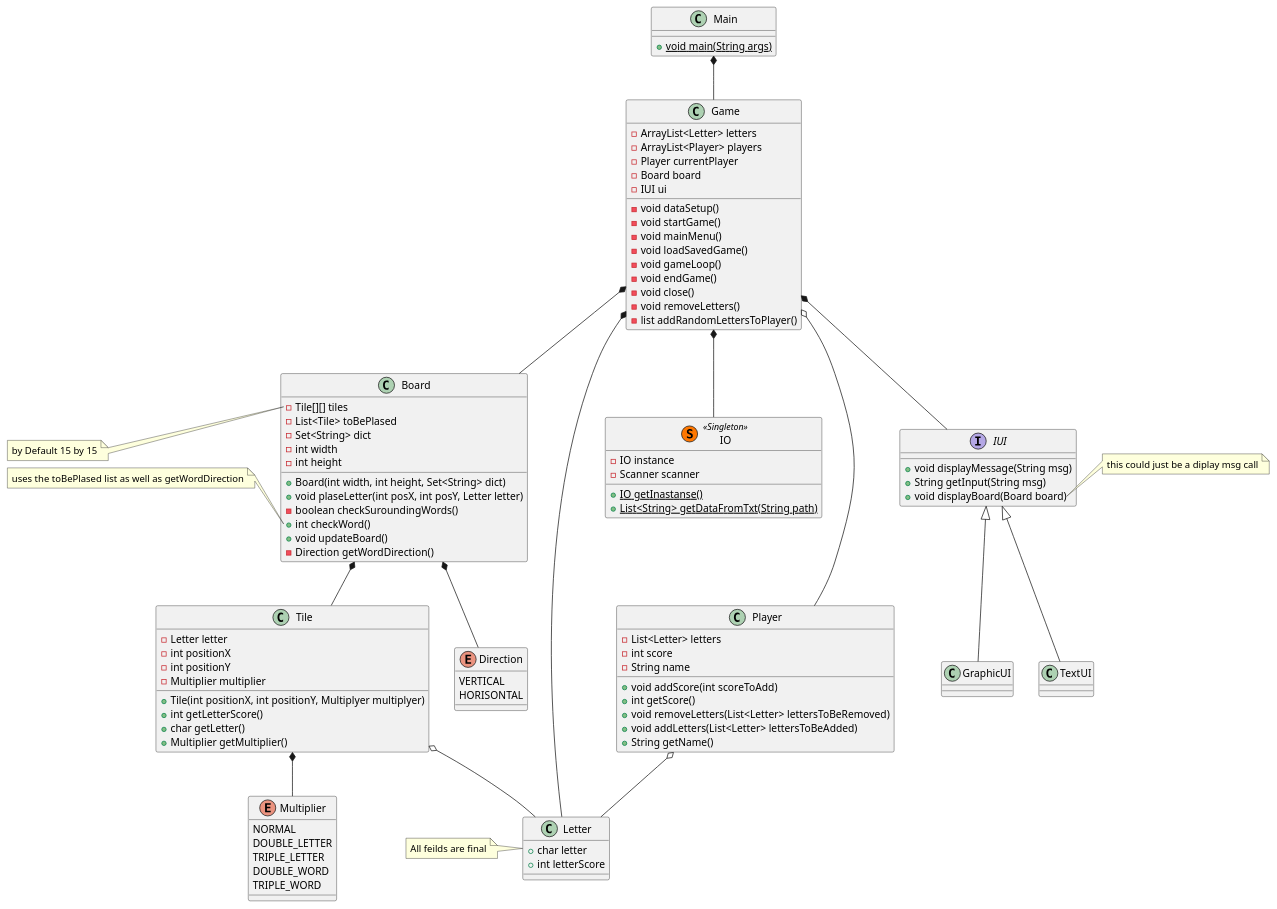
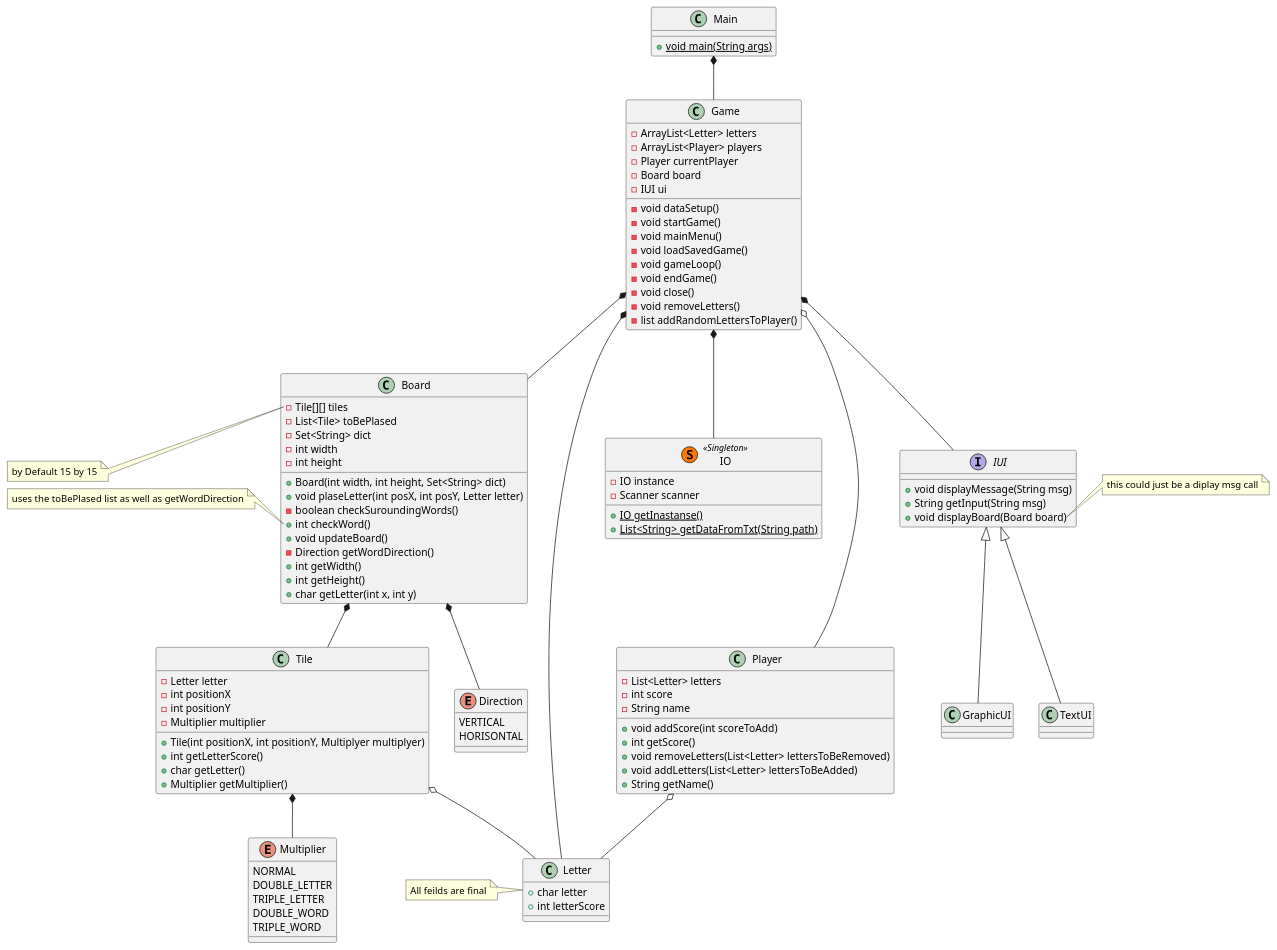
One commit to cph-dh223/ICE changed the diagram in doc/classdiagram.puml. Above: the diagram before and after it, drawn with PlantUML. The commit also changed 4 other files, not shown here.

```diff
--- a/doc/classdiagram.puml
+++ b/doc/classdiagram.puml
@@ -1,126 +1,129 @@
 @startuml classDiagram
 
 class Main{
     +{static} void main(String args)
 }
 
 class Game{
     - ArrayList<Letter> letters
     - ArrayList<Player> players
     - Player currentPlayer
     - Board board
     - IUI ui
 
     - void dataSetup()
     - void startGame()
     - void mainMenu()
     - void loadSavedGame()
     - void gameLoop()
     - void endGame()
     - void close()
     - void removeLetters()
     - list addRandomLettersToPlayer()
 }
 interface IUI{
     + void displayMessage(String msg)
     + String getInput(String msg)
     + void displayBoard(Board board)
 }
 note right of IUI::displayBoard
     this could just be a diplay msg call
 end note
 
 class GraphicUI{}
 
 class TextUI{}
 
 class IO << (S,#FF7700) Singleton >>{
     - IO instance
     - Scanner scanner
 
     + {static} IO getInastanse()
     + {static} List<String> getDataFromTxt(String path)
 }
 
 class Tile{
     - Letter letter
     - int positionX 
     - int positionY
     - Multiplier multiplier
 
     + Tile(int positionX, int positionY, Multiplyer multiplyer)
     + int getLetterScore()
     + char getLetter()
     + Multiplier getMultiplier()
 }
 enum Multiplier {
     NORMAL
     DOUBLE_LETTER
     TRIPLE_LETTER
     DOUBLE_WORD
     TRIPLE_WORD
 }
 
 class Board{
     - Tile[][] tiles
     - List<Tile> toBePlased
     - Set<String> dict
     - int width
     - int height
 
     + Board(int width, int height, Set<String> dict)
     + void plaseLetter(int posX, int posY, Letter letter)
     - boolean checkSuroundingWords()
     + int checkWord()
     + void updateBoard()
     - Direction getWordDirection()
+    + int getWidth()
+    + int getHeight()
+    + char getLetter(int x, int y)
 }
 
 enum Direction{
     VERTICAL
     HORISONTAL
 }
 
 note left of Board::tiles
     by Default 15 by 15
 end note
 note left of Board::checkWord
     uses the toBePlased list as well as getWordDirection
 end note
 
 class Player{
     - List<Letter> letters
     - int score
     - String name
 
     + void addScore(int scoreToAdd)
     + int getScore()
     + void removeLetters(List<Letter> lettersToBeRemoved)
     + void addLetters(List<Letter> lettersToBeAdded)
     + String getName()
 
 }
 
 class Letter{
     + char letter
     + int letterScore
 }
 note left of Letter
     All feilds are final
 end note
 
 Main *-- Game
 Game o-- Player
 Game *-- Board 
 Board *-- Tile
 Board *-- Direction
 Game *-- Letter
 Player o-- Letter
 Game *-- IUI
 Game *-- IO
 IUI <|-- TextUI
 IUI <|-- GraphicUI
 Tile o-- Letter
 Tile *-- Multiplier
   
 @enduml
```
